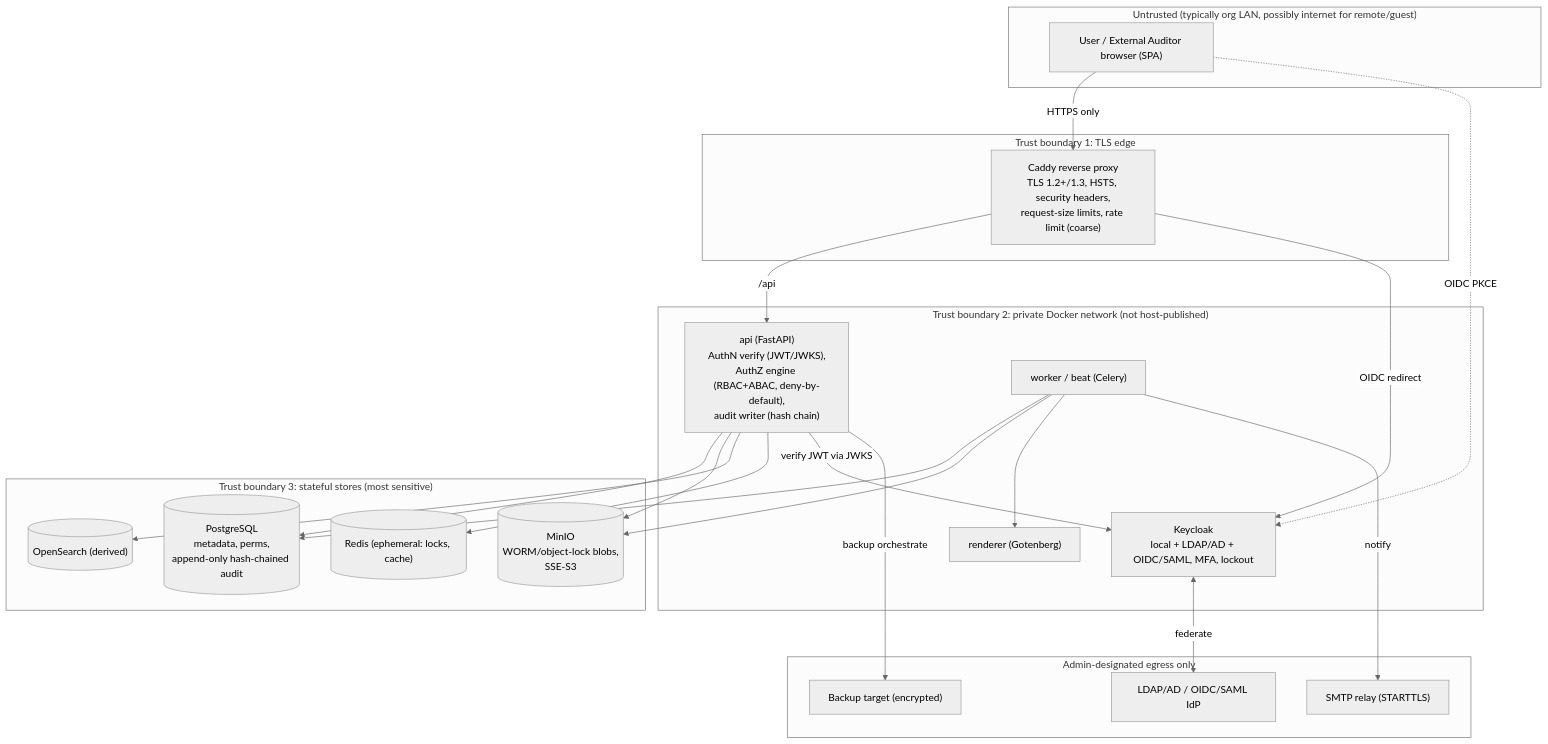
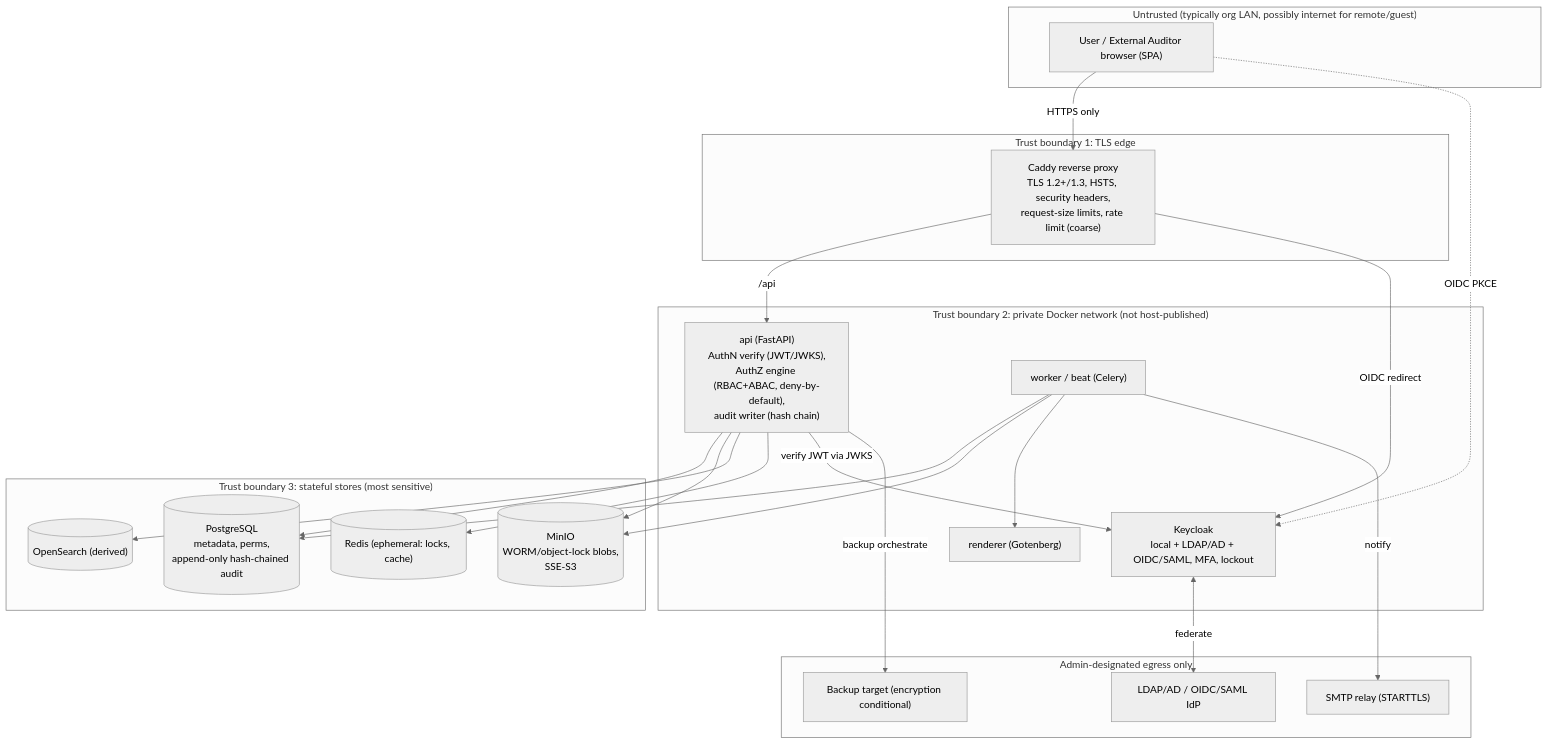
Before and after one commit to CoJoA13/EasySynQ: the first of 6 diagrams in docs/12-security-and-audit.md, drawn with Mermaid (neutral theme). The commit also changed other lines of this file and 251 other files, not shown here.

````diff
--- a/docs/12-security-and-audit.md
+++ b/docs/12-security-and-audit.md
@@ -49,46 +49,46 @@
 ```mermaid
 flowchart TB
     subgraph Internet["Untrusted (typically org LAN, possibly internet for remote/guest)"]
         U["User / External Auditor browser (SPA)"]
     end
 
     subgraph Edge["Trust boundary 1: TLS edge"]
         CADDY["Caddy reverse proxy<br/>TLS 1.2+/1.3, HSTS, security headers,<br/>request-size limits, rate limit (coarse)"]
     end
 
     subgraph AppNet["Trust boundary 2: private Docker network (not host-published)"]
         API["api (FastAPI)<br/>AuthN verify (JWT/JWKS),<br/>AuthZ engine (RBAC+ABAC, deny-by-default),<br/>audit writer (hash chain)"]
         WORKER["worker / beat (Celery)"]
         KC["Keycloak<br/>local + LDAP/AD + OIDC/SAML, MFA, lockout"]
         REND["renderer (Gotenberg)"]
     end
 
     subgraph Data["Trust boundary 3: stateful stores (most sensitive)"]
         PG[("PostgreSQL<br/>metadata, perms,<br/>append-only hash-chained audit")]
         OBJ[("MinIO<br/>WORM/object-lock blobs,<br/>SSE-S3")]
         IDX[("OpenSearch (derived)")]
         RDS[("Redis (ephemeral: locks, cache)")]
     end
 
     subgraph Ext["Admin-designated egress only"]
         LDAP["LDAP/AD / OIDC/SAML IdP"]
         SMTP["SMTP relay (STARTTLS)"]
-        BKP["Backup target (encrypted)"]
+        BKP["Backup target (encryption conditional)"]
     end
 
     U -->|HTTPS only| CADDY
     CADDY -->|/api| API
     CADDY -->|OIDC redirect| KC
     U -. OIDC PKCE .-> KC
     API --> PG
     API --> OBJ
     API --> IDX
     API --> RDS
     API -->|verify JWT via JWKS| KC
     WORKER --> PG
     WORKER --> OBJ
     WORKER --> REND
     KC <-->|federate| LDAP
     WORKER -->|notify| SMTP
     API -->|backup orchestrate| BKP
 ```
````
